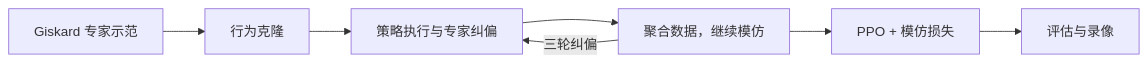
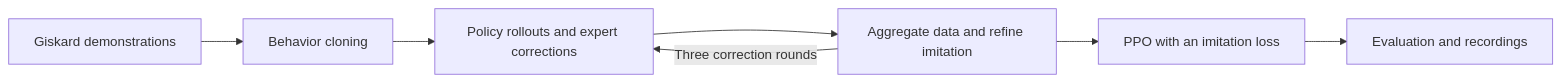
Before and after one commit to zhiyuan-gao/garmi-mobile-grasp-rl: the diagram in README.md, drawn with Mermaid. The commit also changed other lines of this file, not shown here.

````diff
--- a/README.md
+++ b/README.md
@@ -33,9 +28,9 @@
 ```mermaid
 flowchart LR
-    A[Giskard 专家示范] --> B[行为克隆]
-    B --> C[策略执行与专家纠偏]
-    C --> D[聚合数据，继续模仿]
-    D -->|三轮纠偏| C
-    D --> E[PPO + 模仿损失]
-    E --> F[评估与录像]
+    A[Giskard demonstrations] --> B[Behavior cloning]
+    B --> C[Policy rollouts and expert corrections]
+    C --> D[Aggregate data and refine imitation]
+    D -->|Three correction rounds| C
+    D --> E[PPO with an imitation loss]
+    E --> F[Evaluation and recordings]
 ```
````
